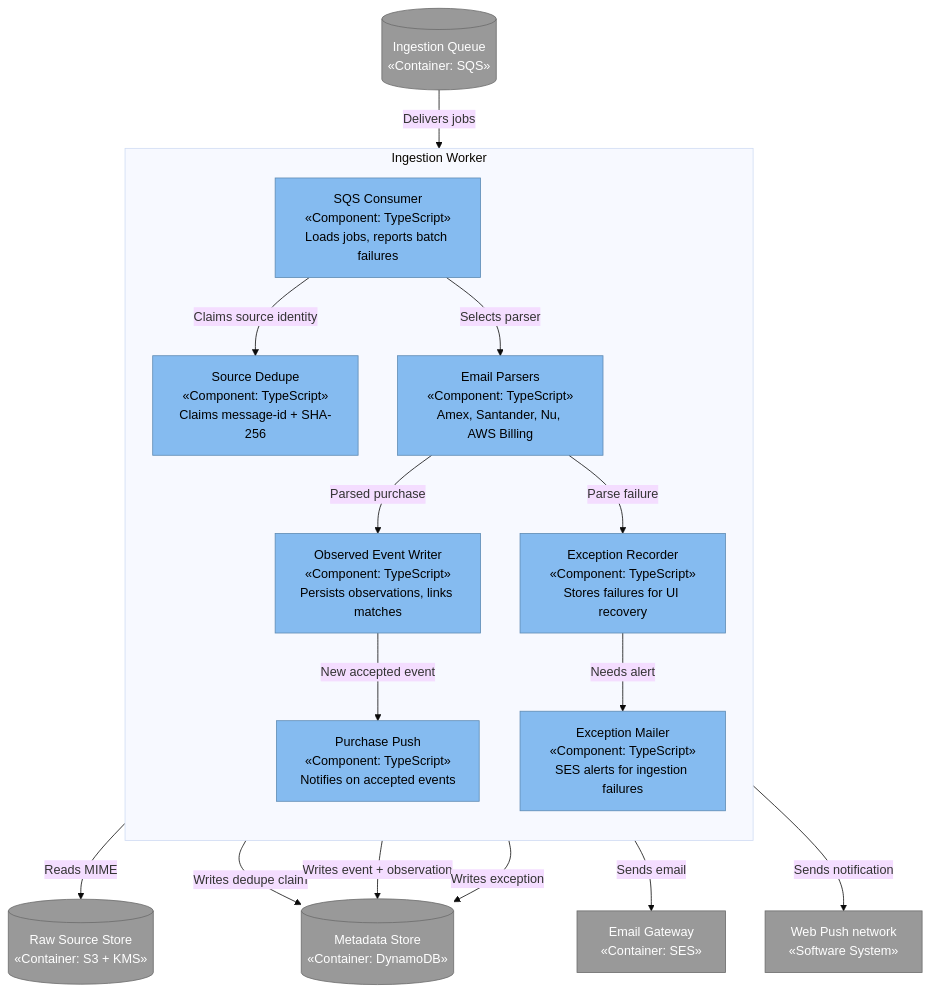
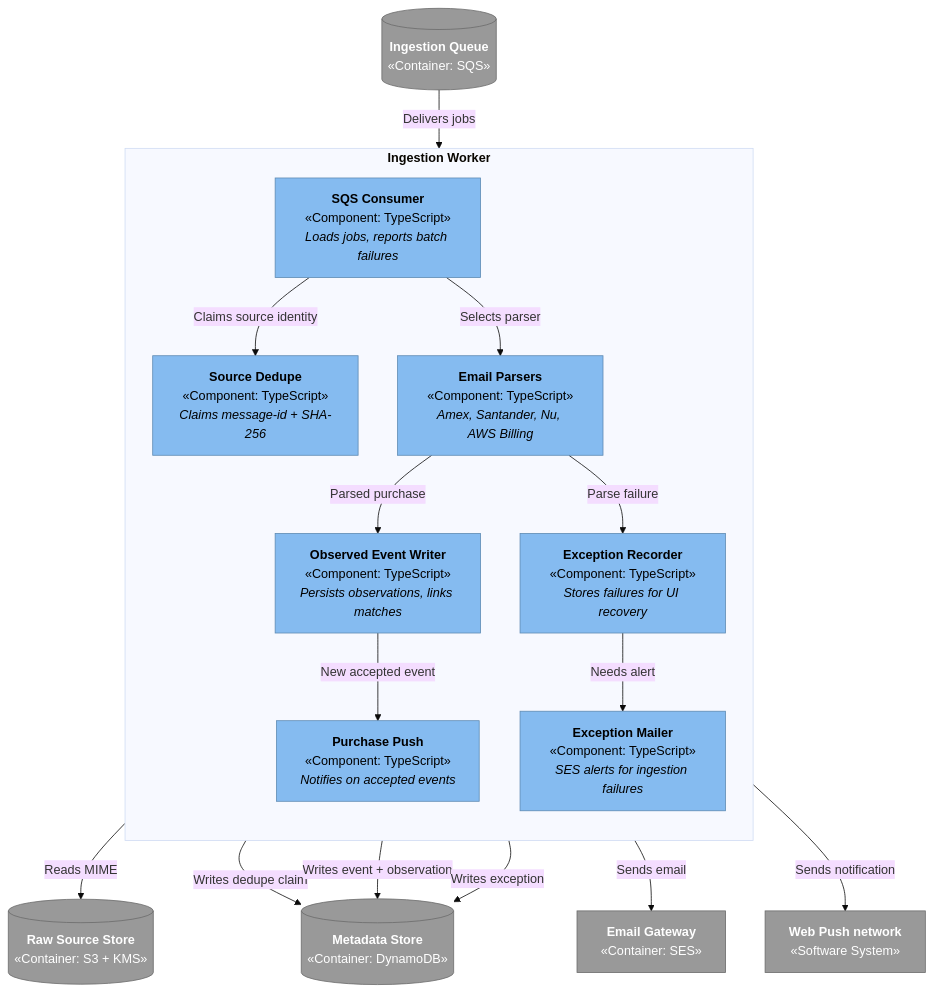
The second of 4 diagrams in docs/architecture.md (DavidCs9/personal-finance-system), drawn with Mermaid (base theme) before and after one commit. The commit also changed other lines of this file and 1 other file, not shown here.

````diff
--- a/docs/architecture.md
+++ b/docs/architecture.md
@@ -100,39 +127,58 @@
 ```mermaid
 flowchart TB
   classDef component fill:#85BBF0,stroke:#5D8AB3,color:#000,stroke-width:1px
   classDef external fill:#999999,stroke:#6B6B6B,color:#fff,stroke-width:1px
 
-  queue[("Ingestion Queue\n«Container: SQS»")]
-  raw[("Raw Source Store\n«Container: S3 + KMS»")]
-  ddb[("Metadata Store\n«Container: DynamoDB»")]
-  ses["Email Gateway\n«Container: SES»"]
-  webpush["Web Push network\n«Software System»"]
+  queue[("`**Ingestion Queue**
+«Container: SQS»`")]
+  raw[("`**Raw Source Store**
+«Container: S3 + KMS»`")]
+  ddb[("`**Metadata Store**
+«Container: DynamoDB»`")]
+  ses["`**Email Gateway**
+«Container: SES»`"]
+  webpush["`**Web Push network**
+«Software System»`"]
 
-  subgraph ingest["Ingestion Worker"]
+  subgraph ingest["`**Ingestion Worker**`"]
     direction TB
-    consumer["SQS Consumer\n«Component: TypeScript»\nLoads jobs, reports batch failures"]
-    dedupe["Source Dedupe\n«Component: TypeScript»\nClaims message-id + SHA-256"]
-    parsers["Email Parsers\n«Component: TypeScript»\nAmex, Santander, Nu, AWS Billing"]
-    reconcile["Observed Event Writer\n«Component: TypeScript»\nPersists observations, links matches"]
-    exceptions["Exception Recorder\n«Component: TypeScript»\nStores failures for UI recovery"]
-    mail["Exception Mailer\n«Component: TypeScript»\nSES alerts for ingestion failures"]
-    push["Purchase Push\n«Component: TypeScript»\nNotifies on accepted events"]
+    consumer["`**SQS Consumer**
+«Component: TypeScript»
+_Loads jobs, reports batch failures_`"]
+    dedupe["`**Source Dedupe**
+«Component: TypeScript»
+_Claims message-id + SHA-256_`"]
+    parsers["`**Email Parsers**
+«Component: TypeScript»
+_Amex, Santander, Nu, AWS Billing_`"]
+    reconcile["`**Observed Event Writer**
+«Component: TypeScript»
+_Persists observations, links matches_`"]
+    exceptions["`**Exception Recorder**
+«Component: TypeScript»
+_Stores failures for UI recovery_`"]
+    mail["`**Exception Mailer**
+«Component: TypeScript»
+_SES alerts for ingestion failures_`"]
+    push["`**Purchase Push**
+«Component: TypeScript»
+_Notifies on accepted events_`"]
   end
 
   queue -->|"Delivers jobs"| consumer
   consumer -->|"Reads MIME"| raw
   consumer -->|"Claims source identity"| dedupe
   dedupe -->|"Writes dedupe claim"| ddb
   consumer -->|"Selects parser"| parsers
   parsers -->|"Parsed purchase"| reconcile
   parsers -->|"Parse failure"| exceptions
   reconcile -->|"Writes event + observation"| ddb
   reconcile -->|"New accepted event"| push
   exceptions -->|"Writes exception"| ddb
   exceptions -->|"Needs alert"| mail
   mail -->|"Sends email"| ses
   push -->|"Sends notification"| webpush
 
   class consumer,dedupe,parsers,reconcile,exceptions,mail,push component
   class queue,raw,ddb,ses,webpush external
 ```
````
